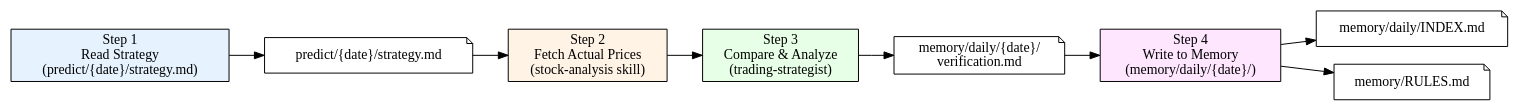
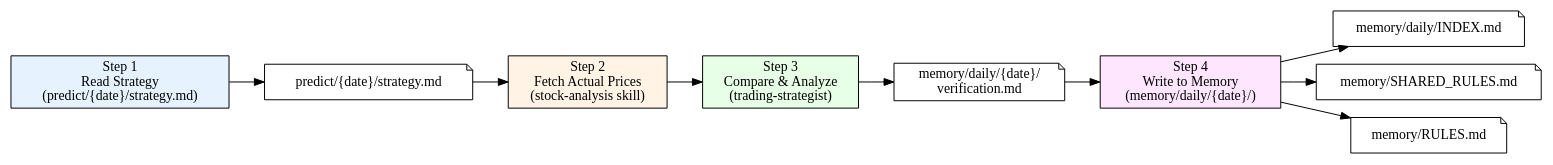
One commit to mysll/ashare-pilot changed the diagram in .opencode/skills/daily-trading-review/SKILL.md. Above: the diagram before and after it, drawn with Graphviz. The commit also changed other lines of this file and 8 other files, not shown here.

````diff
--- a/.opencode/skills/daily-trading-review/SKILL.md
+++ b/.opencode/skills/daily-trading-review/SKILL.md
@@ -12,24 +12,26 @@
 ```dot
 digraph workflow {
     rankdir=LR;
     node [shape=box];
 
     "Step 1: Read Strategy" [label="Step 1\nRead Strategy\n(predict/{date}/strategy.md)", style=filled, fillcolor="#e6f3ff"];
     "Step 2: Fetch Actuals" [label="Step 2\nFetch Actual Prices\n(stock-analysis skill)", style=filled, fillcolor="#fff3e6"];
     "Step 3: Compare & Analyze" [label="Step 3\nCompare & Analyze\n(trading-strategist)", style=filled, fillcolor="#e6ffe6"];
     "Step 4: Write Memory" [label="Step 4\nWrite to Memory\n(memory/daily/{date}/)", style=filled, fillcolor="#ffe6ff"];
 
     "predict/{date}/strategy.md" [shape=note];
     "memory/daily/{date}/\nverification.md" [shape=note];
     "memory/daily/INDEX.md" [shape=note];
+    "memory/SHARED_RULES.md" [shape=note];
     "memory/RULES.md" [shape=note];
 
     "Step 1: Read Strategy" -> "predict/{date}/strategy.md";
     "predict/{date}/strategy.md" -> "Step 2: Fetch Actuals";
     "Step 2: Fetch Actuals" -> "Step 3: Compare & Analyze";
     "Step 3: Compare & Analyze" -> "memory/daily/{date}/\nverification.md";
     "memory/daily/{date}/\nverification.md" -> "Step 4: Write Memory";
     "Step 4: Write Memory" -> "memory/daily/INDEX.md";
     "Step 4: Write Memory" -> "memory/RULES.md";
+    "Step 4: Write Memory" -> "memory/SHARED_RULES.md";
 }
 ```
````
